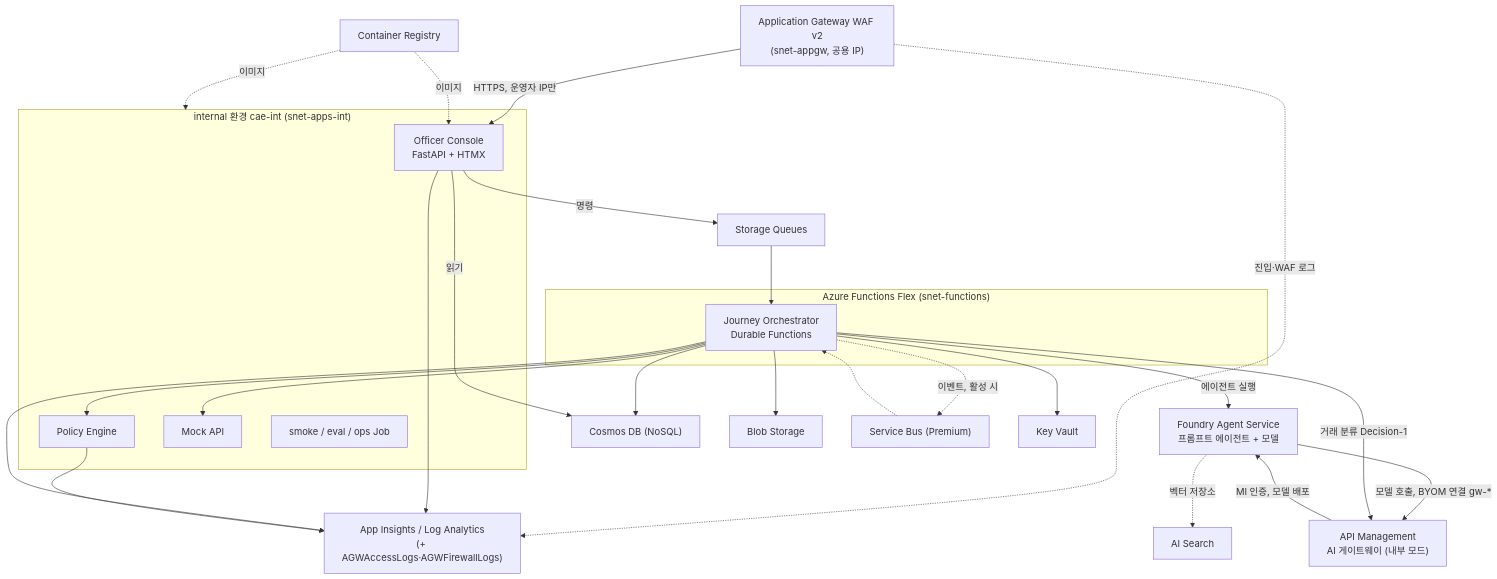
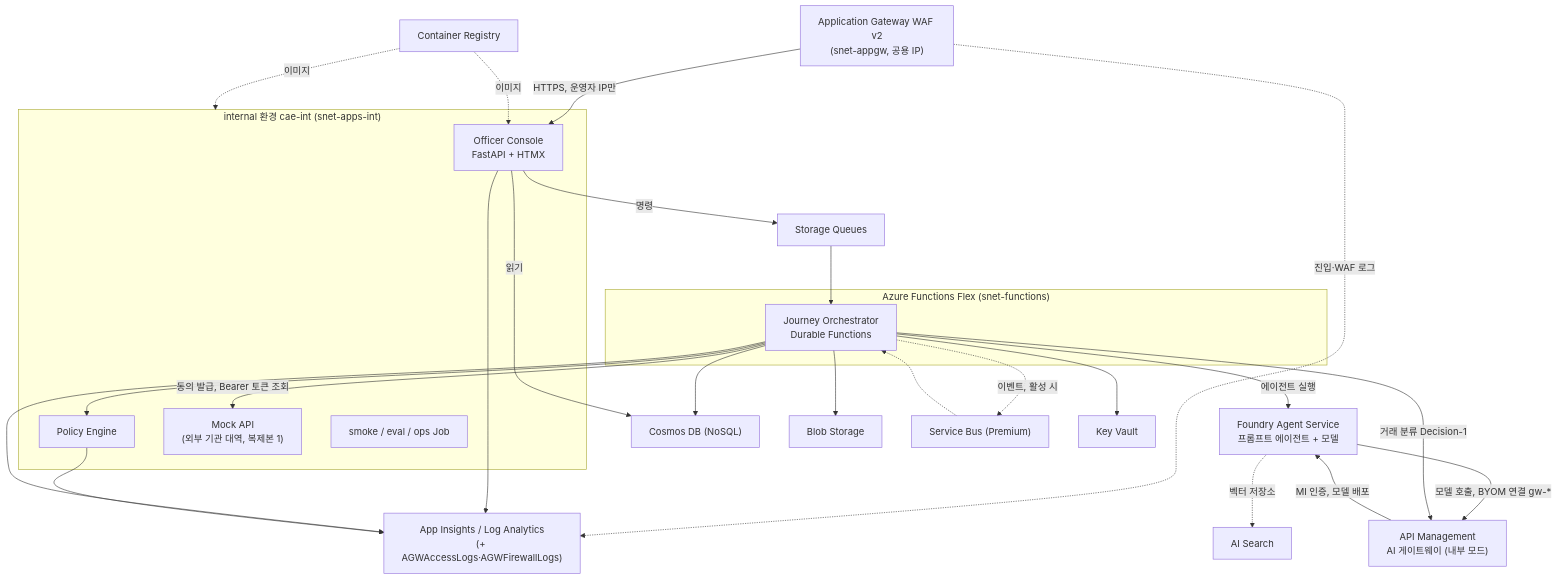
The second of 5 diagrams in docs/architecture.md (freeman9844/ms-ama-04), drawn with Mermaid before and after one commit. The commit also changed other lines of this file and 1 other file, not shown here.

First line of the commit message:
docs(architecture): show Mock API as external data provider stand-in

````diff
--- a/docs/architecture.md
+++ b/docs/architecture.md
@@ -39,46 +43,46 @@
 ```mermaid
 flowchart TB
   agw["Application Gateway WAF v2<br/>(snet-appgw, 공용 IP)"]
   subgraph fn["Azure Functions Flex (snet-functions)"]
     orch["Journey Orchestrator<br/>Durable Functions"]
   end
   subgraph int["internal 환경 cae-int (snet-apps-int)"]
     console["Officer Console<br/>FastAPI + HTMX"]
     policy["Policy Engine"]
-    mock["Mock API"]
+    mock["Mock API<br/>(외부 기관 대역, 복제본 1)"]
     smoke["smoke / eval / ops Job"]
   end
   foundry["Foundry Agent Service<br/>프롬프트 에이전트 + 모델"]
   apim["API Management<br/>AI 게이트웨이 (내부 모드)"]
   search["AI Search"]
   acr["Container Registry"]
   cosmos["Cosmos DB (NoSQL)"]
   blob["Blob Storage"]
   queues["Storage Queues"]
   sb["Service Bus (Premium)"]
   kv["Key Vault"]
   obs["App Insights / Log Analytics<br/>(+ AGWAccessLogs·AGWFirewallLogs)"]
 
   agw -->|HTTPS, 운영자 IP만| console
   agw -.->|진입·WAF 로그| obs
   console -->|읽기| cosmos
   console -->|명령| queues
   queues --> orch
   orch -->|에이전트 실행| foundry
   foundry -->|모델 호출, BYOM 연결 gw-*| apim
   orch -->|거래 분류 Decision-1| apim
   apim -->|MI 인증, 모델 배포| foundry
   foundry -.->|벡터 저장소| search
   orch --> policy
-  orch --> mock
+  orch -->|동의 발급, Bearer 토큰 조회| mock
   orch --> cosmos
   orch --> blob
   orch -.->|이벤트, 활성 시| sb
   sb -.-> orch
   orch --> kv
   acr -.->|이미지| console
   acr -.->|이미지| int
   console --> obs
   orch --> obs
   policy --> obs
 ```
````
